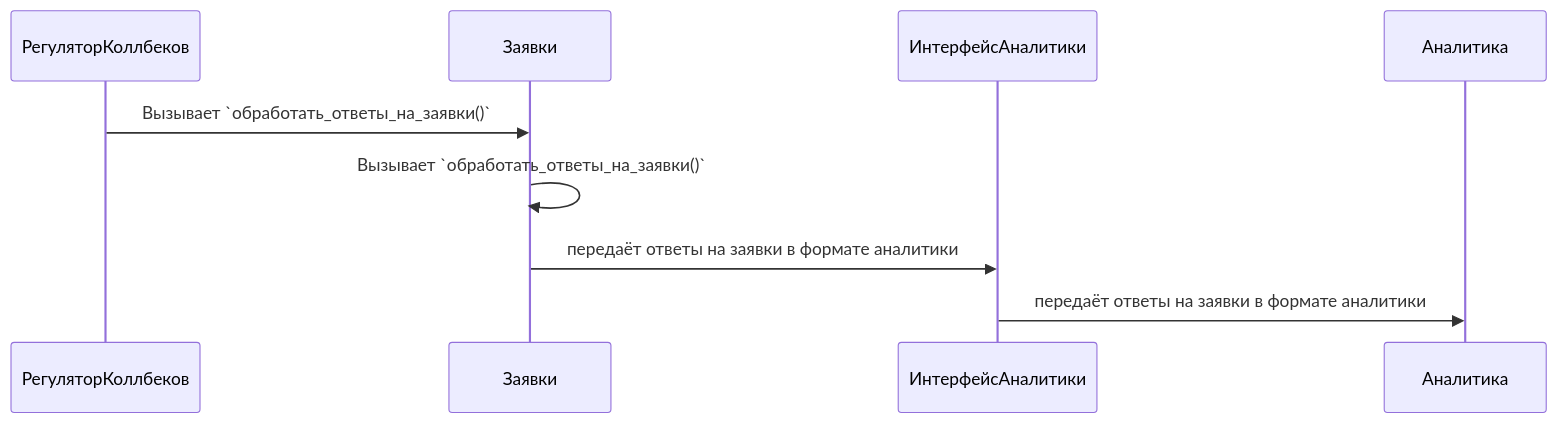
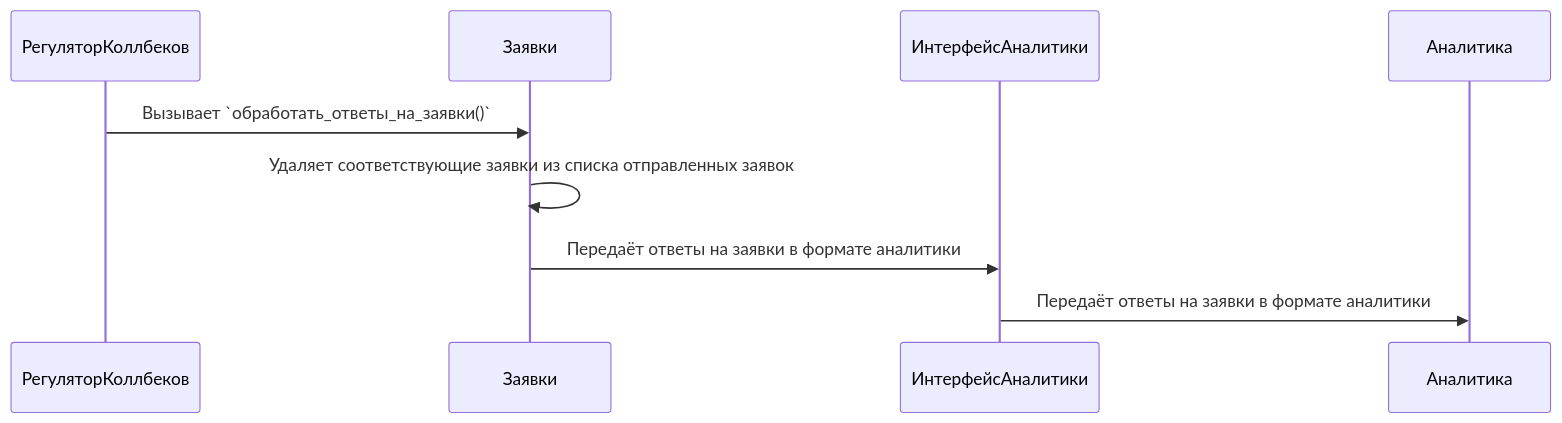
Diagram 24 of 26 in robot-logic.md (Marat22/MiriadRobotDocs), drawn with Mermaid before and after one commit. The commit also changed other lines of this file, not shown here.

````diff
--- a/robot-logic.md
+++ b/robot-logic.md
@@ -613,7 +645,7 @@
 ```mermaid
 sequenceDiagram
   РегуляторКоллбеков->>Заявки : Вызывает `обработать_ответы_на_заявки()`
-  Заявки->>Заявки : Вызывает `обработать_ответы_на_заявки()`
-  Заявки->>ИнтерфейсАналитики: передаёт ответы на заявки в формате аналитики
-  ИнтерфейсАналитики->>Аналитика: передаёт ответы на заявки в формате аналитики
+  Заявки->>Заявки : Удаляет соответствующие заявки из списка отправленных заявок
+  Заявки->>ИнтерфейсАналитики: Передаёт ответы на заявки в формате аналитики
+  ИнтерфейсАналитики->>Аналитика: Передаёт ответы на заявки в формате аналитики
 ```
````
